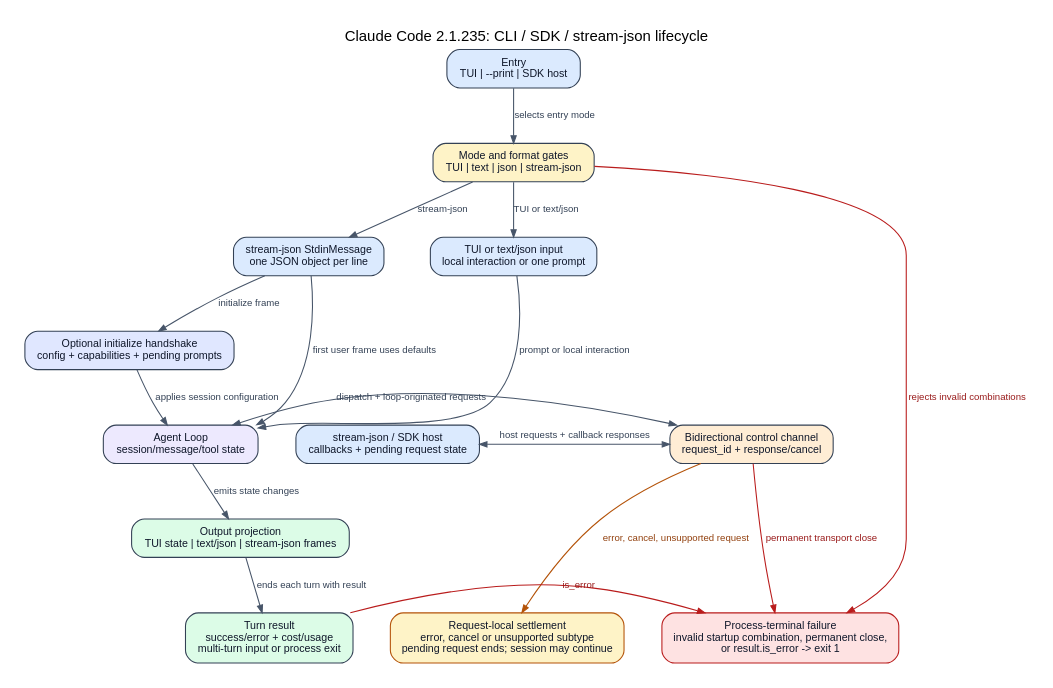
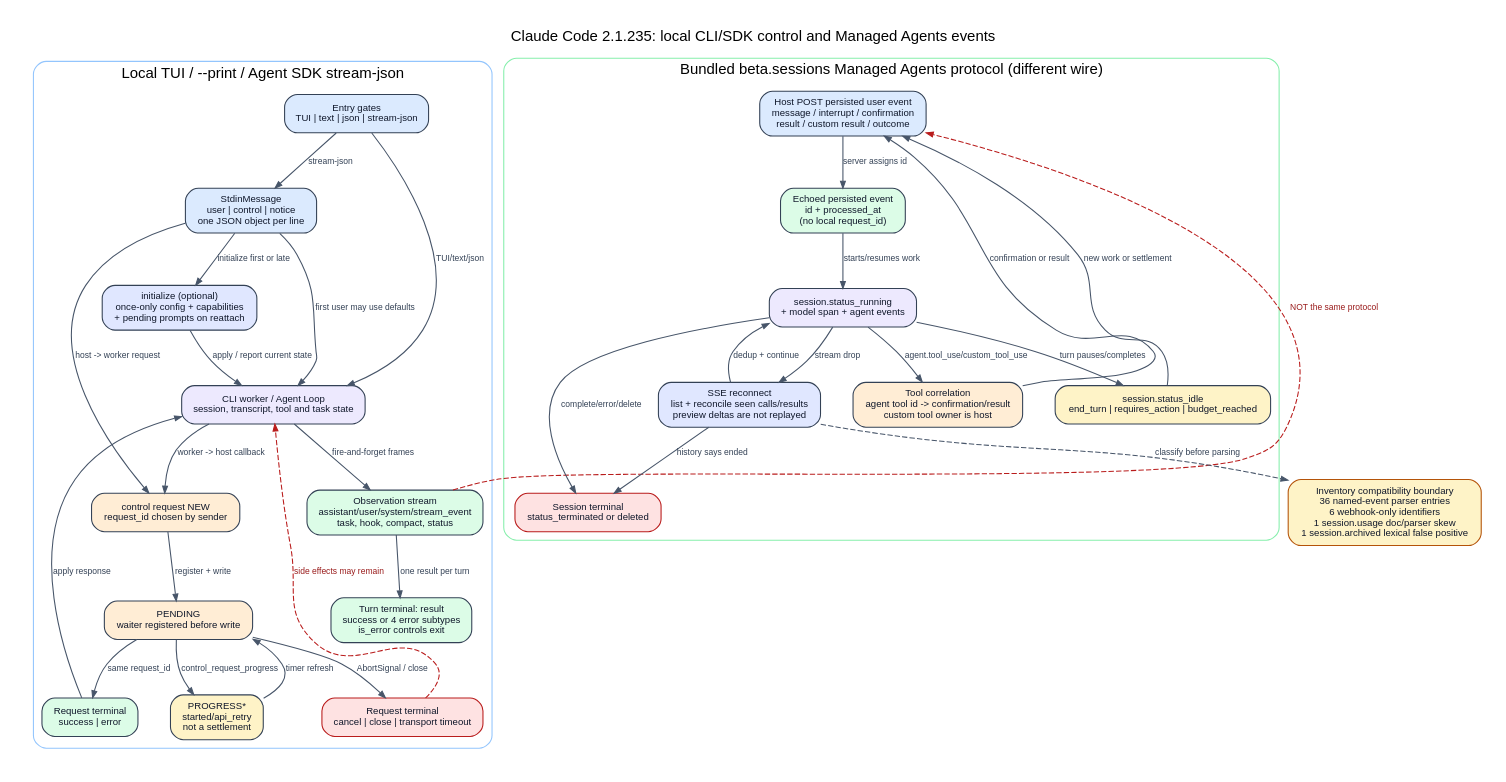
The diagram in analysis/visuals/cli-sdk-protocol-lifecycle.dot (SwallOwDili/claudecodecli-sourcecode), drawn with Graphviz before and after one commit. The commit also changed 26 other files, not shown here.

Commit message:
docs: deepen Claude Code 2.1.235 analysis

```diff
--- a/analysis/visuals/cli-sdk-protocol-lifecycle.dot
+++ b/analysis/visuals/cli-sdk-protocol-lifecycle.dot
@@ -1,62 +1,100 @@
 digraph ClaudeCodeCliSdkProtocol {
   graph [
     rankdir=TB,
     bgcolor="#FFFFFF",
     pad="0.22",
-    nodesep="0.48",
-    ranksep="0.58",
+    nodesep="0.42",
+    ranksep="0.56",
     fontname="Arial",
     labelloc="t",
-    label="Claude Code 2.1.235: CLI / SDK / stream-json lifecycle"
+    label="Claude Code 2.1.235: local CLI/SDK control and Managed Agents events"
   ];
   node [
     shape=box,
     style="rounded,filled",
     color="#334155",
     fillcolor="#F8FAFC",
     fontcolor="#0F172A",
     fontname="Arial",
-    fontsize=10,
-    margin="0.16,0.10"
+    fontsize=9,
+    margin="0.14,0.09"
   ];
   edge [
     color="#475569",
     fontcolor="#334155",
     fontname="Arial",
-    fontsize=9,
-    arrowsize=0.7
+    fontsize=8,
+    arrowsize=0.65
   ];
 
-  input [label="Entry\nTUI | --print | SDK host", fillcolor="#DBEAFE"];
-  gate [label="Mode and format gates\nTUI | text | json | stream-json", fillcolor="#FEF3C7"];
-  direct [label="TUI or text/json input\nlocal interaction or one prompt", fillcolor="#DBEAFE"];
-  stdin [label="stream-json StdinMessage\none JSON object per line", fillcolor="#DBEAFE"];
-  init [label="Optional initialize handshake\nconfig + capabilities + pending prompts", fillcolor="#E0E7FF"];
-  loop [label="Agent Loop\nsession/message/tool state", fillcolor="#EDE9FE"];
-  observe [label="Output projection\nTUI state | text/json | stream-json frames", fillcolor="#DCFCE7"];
-  host [label="stream-json / SDK host\ncallbacks + pending request state", fillcolor="#DBEAFE"];
-  rpc [label="Bidirectional control channel\nrequest_id + response/cancel", fillcolor="#FFEDD5"];
-  request_local [label="Request-local settlement\nerror, cancel or unsupported subtype\npending request ends; session may continue", fillcolor="#FEF3C7", color="#B45309"];
-  terminal [label="Turn result\nsuccess/error + cost/usage\nmulti-turn input or process exit", fillcolor="#DCFCE7"];
-  process_failure [label="Process-terminal failure\ninvalid startup combination, permanent close,\nor result.is_error -> exit 1", fillcolor="#FEE2E2", color="#B91C1C"];
+  subgraph cluster_local {
+    label="Local TUI / --print / Agent SDK stream-json";
+    color="#93C5FD";
+    style="rounded";
 
-  { rank=same; direct; stdin; }
-  { rank=same; host; rpc; loop; }
-  { rank=same; request_local; terminal; process_failure; }
+    entry [label="Entry gates\nTUI | text | json | stream-json", fillcolor="#DBEAFE"];
+    stdin [label="StdinMessage\nuser | control | notice\none JSON object per line", fillcolor="#DBEAFE"];
+    init [label="initialize (optional)\nonce-only config + capabilities\n+ pending prompts on reattach", fillcolor="#E0E7FF"];
+    loop [label="CLI worker / Agent Loop\nsession, transcript, tool and task state", fillcolor="#EDE9FE"];
+    observe [label="Observation stream\nassistant/user/system/stream_event\ntask, hook, compact, status", fillcolor="#DCFCE7"];
+    turn_result [label="Turn terminal: result\nsuccess or 4 error subtypes\nis_error controls exit", fillcolor="#DCFCE7"];
 
-  input -> gate [label="selects entry mode"];
-  gate -> direct [label="TUI or text/json"];
-  gate -> stdin [label="stream-json"];
-  gate -> process_failure [label="rejects invalid combinations", color="#B91C1C", fontcolor="#991B1B"];
-  direct -> loop [label="prompt or local interaction"];
-  stdin -> init [label="initialize frame"];
-  stdin -> loop [label="first user frame uses defaults"];
-  init -> loop [label="applies session configuration"];
-  loop -> observe [label="emits state changes"];
-  host -> rpc [dir=both, label="host requests + callback responses"];
-  rpc -> loop [dir=both, label="dispatch + loop-originated requests"];
-  rpc -> request_local [label="error, cancel, unsupported request", color="#B45309", fontcolor="#92400E"];
-  rpc -> process_failure [label="permanent transport close", color="#B91C1C", fontcolor="#991B1B"];
-  observe -> terminal [label="ends each turn with result"];
-  terminal -> process_failure [label="is_error", color="#B91C1C", fontcolor="#991B1B"];
+    rpc_new [label="control request NEW\nrequest_id chosen by sender", fillcolor="#FFEDD5"];
+    rpc_pending [label="PENDING\nwaiter registered before write", fillcolor="#FFEDD5"];
+    rpc_progress [label="PROGRESS*\nstarted/api_retry\nnot a settlement", fillcolor="#FEF3C7"];
+    rpc_done [label="Request terminal\nsuccess | error", fillcolor="#DCFCE7"];
+    rpc_cancel [label="Request terminal\ncancel | close | transport timeout", fillcolor="#FEE2E2", color="#B91C1C"];
+
+    entry -> stdin [label="stream-json"];
+    entry -> loop [label="TUI/text/json"];
+    stdin -> init [label="initialize first or late"];
+    stdin -> loop [label="first user may use defaults"];
+    init -> loop [label="apply / report current state"];
+    loop -> observe [label="fire-and-forget frames"];
+    observe -> turn_result [label="one result per turn"];
+
+    stdin -> rpc_new [label="host -> worker request"];
+    loop -> rpc_new [label="worker -> host callback"];
+    rpc_new -> rpc_pending [label="register + write"];
+    rpc_pending -> rpc_progress [label="control_request_progress"];
+    rpc_progress -> rpc_pending [label="timer refresh", constraint=false];
+    rpc_pending -> rpc_done [label="same request_id"];
+    rpc_pending -> rpc_cancel [label="AbortSignal / close"];
+    rpc_done -> loop [label="apply response"];
+    rpc_cancel -> loop [label="side effects may remain", style=dashed, color="#B91C1C", fontcolor="#991B1B"];
+  }
+
+  subgraph cluster_managed {
+    label="Bundled beta.sessions Managed Agents protocol (different wire)";
+    color="#86EFAC";
+    style="rounded";
+
+    post [label="Host POST persisted user event\nmessage / interrupt / confirmation\nresult / custom result / outcome", fillcolor="#DBEAFE"];
+    echo [label="Echoed persisted event\nid + processed_at\n(no local request_id)", fillcolor="#DCFCE7"];
+    running [label="session.status_running\n+ model span + agent events", fillcolor="#EDE9FE"];
+    tool [label="Tool correlation\nagent tool id -> confirmation/result\ncustom tool owner is host", fillcolor="#FFEDD5"];
+    idle [label="session.status_idle\nend_turn | requires_action | budget_reached", fillcolor="#FEF3C7"];
+    terminal [label="Session terminal\nstatus_terminated or deleted", fillcolor="#FEE2E2", color="#B91C1C"];
+    reconnect [label="SSE reconnect\nlist + reconcile seen calls/results\npreview deltas are not replayed", fillcolor="#E0E7FF"];
+
+    post -> echo [label="server assigns id"];
+    echo -> running [label="starts/resumes work"];
+    running -> tool [label="agent.tool_use/custom_tool_use"];
+    tool -> post [label="confirmation or result", constraint=false];
+    running -> idle [label="turn pauses/completes"];
+    idle -> post [label="new work or settlement", constraint=false];
+    running -> terminal [label="complete/error/delete"];
+    running -> reconnect [label="stream drop"];
+    reconnect -> running [label="dedup + continue"];
+    reconnect -> terminal [label="history says ended"];
+  }
+
+  compat [
+    label="Inventory compatibility boundary\n36 named-event parser entries\n6 webhook-only identifiers\n1 session.usage doc/parser skew\n1 session.archived lexical false positive",
+    fillcolor="#FEF3C7",
+    color="#B45309"
+  ];
+
+  observe -> post [label="NOT the same protocol", style=dashed, color="#B91C1C", fontcolor="#991B1B", constraint=false];
+  reconnect -> compat [label="classify before parsing", style=dashed];
 }
```
